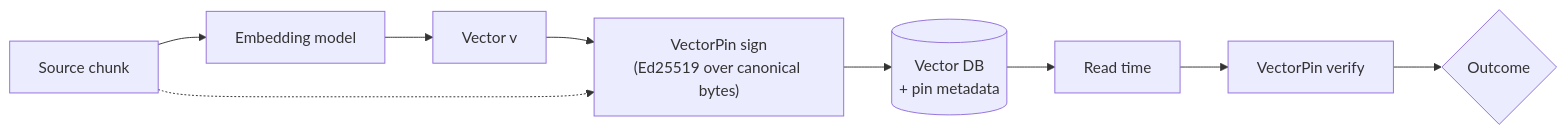
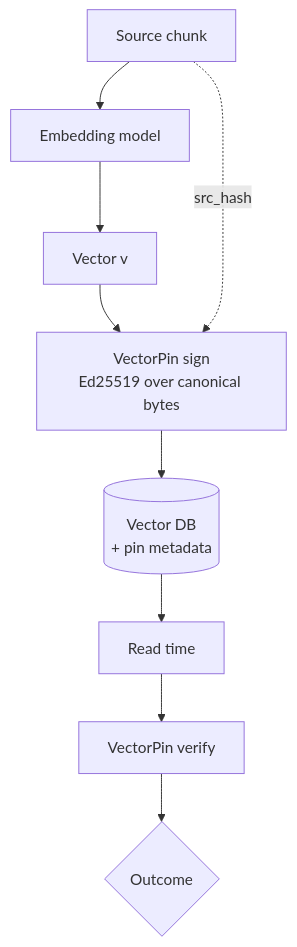
The first of 2 diagrams in blog/_posts/2026-05-09-vectorsmuggle-embedding-store-trust.md (ThirdKeyAI/blog), drawn with Mermaid before and after one commit.

Commit message:
Switch VectorPin protocol diagram to TD layout for legibility

````diff
--- a/blog/_posts/2026-05-09-vectorsmuggle-embedding-store-trust.md
+++ b/blog/_posts/2026-05-09-vectorsmuggle-embedding-store-trust.md
@@ -85,11 +85,11 @@
 ```mermaid!
-flowchart LR
+flowchart TD
     SRC["Source chunk"] --> EMB["Embedding model"]
     EMB --> VEC["Vector v"]
-    VEC --> SIGN["VectorPin sign<br/>(Ed25519 over canonical bytes)"]
-    SRC -.-> SIGN
+    VEC --> SIGN["VectorPin sign<br/>Ed25519 over canonical bytes"]
+    SRC -. src_hash .-> SIGN
     SIGN --> STORE[("Vector DB<br/>+ pin metadata")]
     STORE --> READ["Read time"]
     READ --> VERIFY["VectorPin verify"]
     VERIFY --> OUT{"Outcome"}
 ```
````
